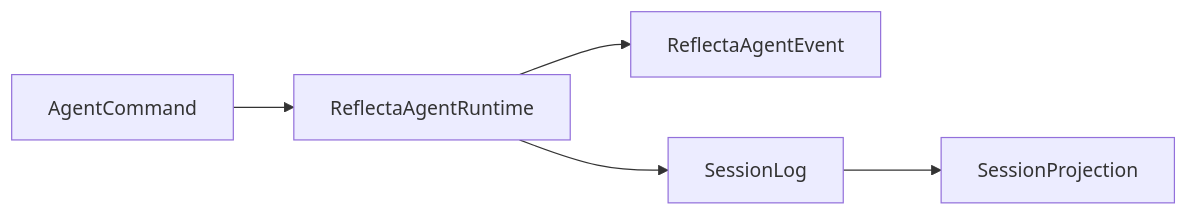
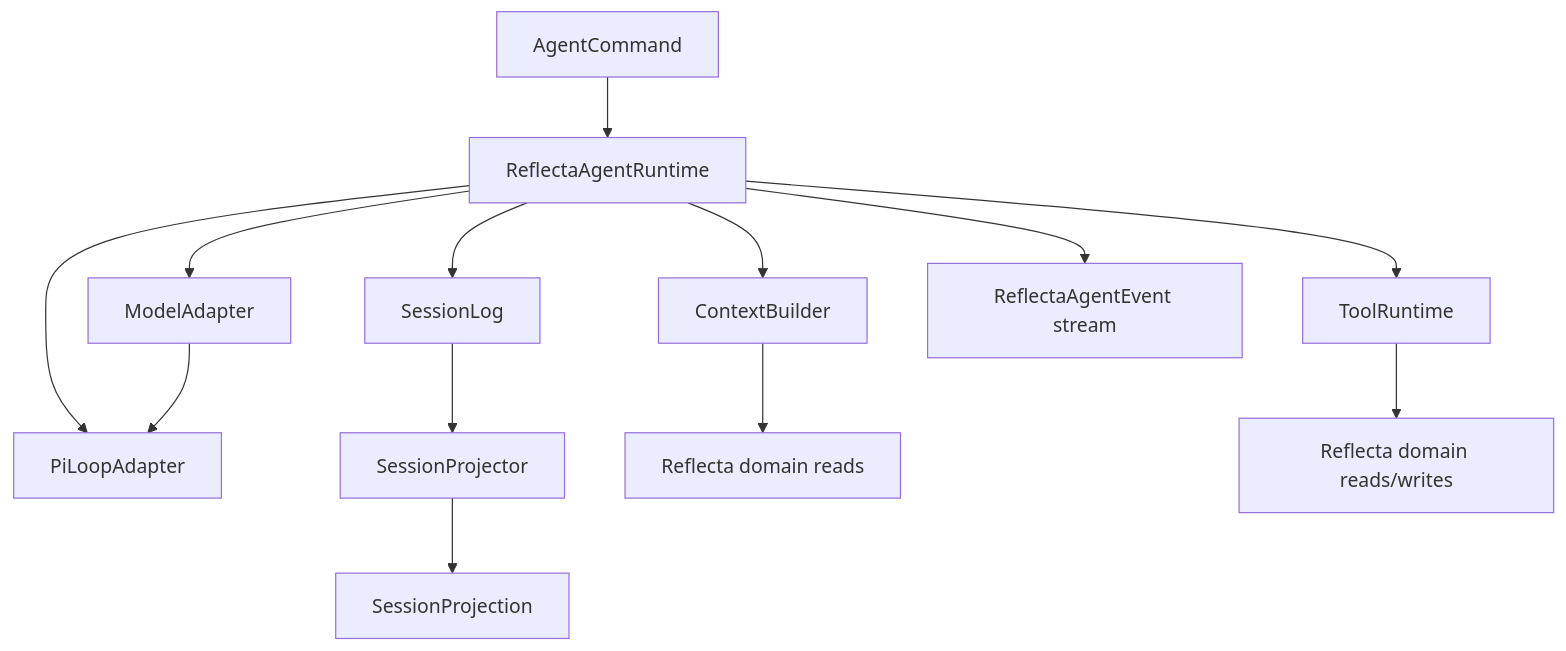
The second of 4 diagrams in docs/iterations/v1.1.0/tech/agent-pi-runtime-architecture.md (Floribunda1/reflecta), drawn with Mermaid before and after one commit. The commit also changed other lines of this file, not shown here.

Commit message:
docs(agent): detail runtime module interactions

````diff
--- a/docs/iterations/v1.1.0/tech/agent-pi-runtime-architecture.md
+++ b/docs/iterations/v1.1.0/tech/agent-pi-runtime-architecture.md
@@ -164,7 +164,15 @@
 ```mermaid
-flowchart LR
+flowchart TD
   Command["AgentCommand"] --> Runtime["ReflectaAgentRuntime"]
-  Runtime --> Event["ReflectaAgentEvent"]
   Runtime --> Log["SessionLog"]
-  Log --> Projection["SessionProjection"]
+  Runtime --> ContextBuilder["ContextBuilder"]
+  Runtime --> ModelAdapter["ModelAdapter"]
+  Runtime --> PiLoop["PiLoopAdapter"]
+  Runtime --> ToolRuntime["ToolRuntime"]
+  Log --> Projector["SessionProjector"]
+  Projector --> Projection["SessionProjection"]
+  Runtime --> Event["ReflectaAgentEvent stream"]
+  ContextBuilder --> DomainRead["Reflecta domain reads"]
+  ToolRuntime --> DomainWrite["Reflecta domain reads/writes"]
+  ModelAdapter --> PiLoop
 ```
````
